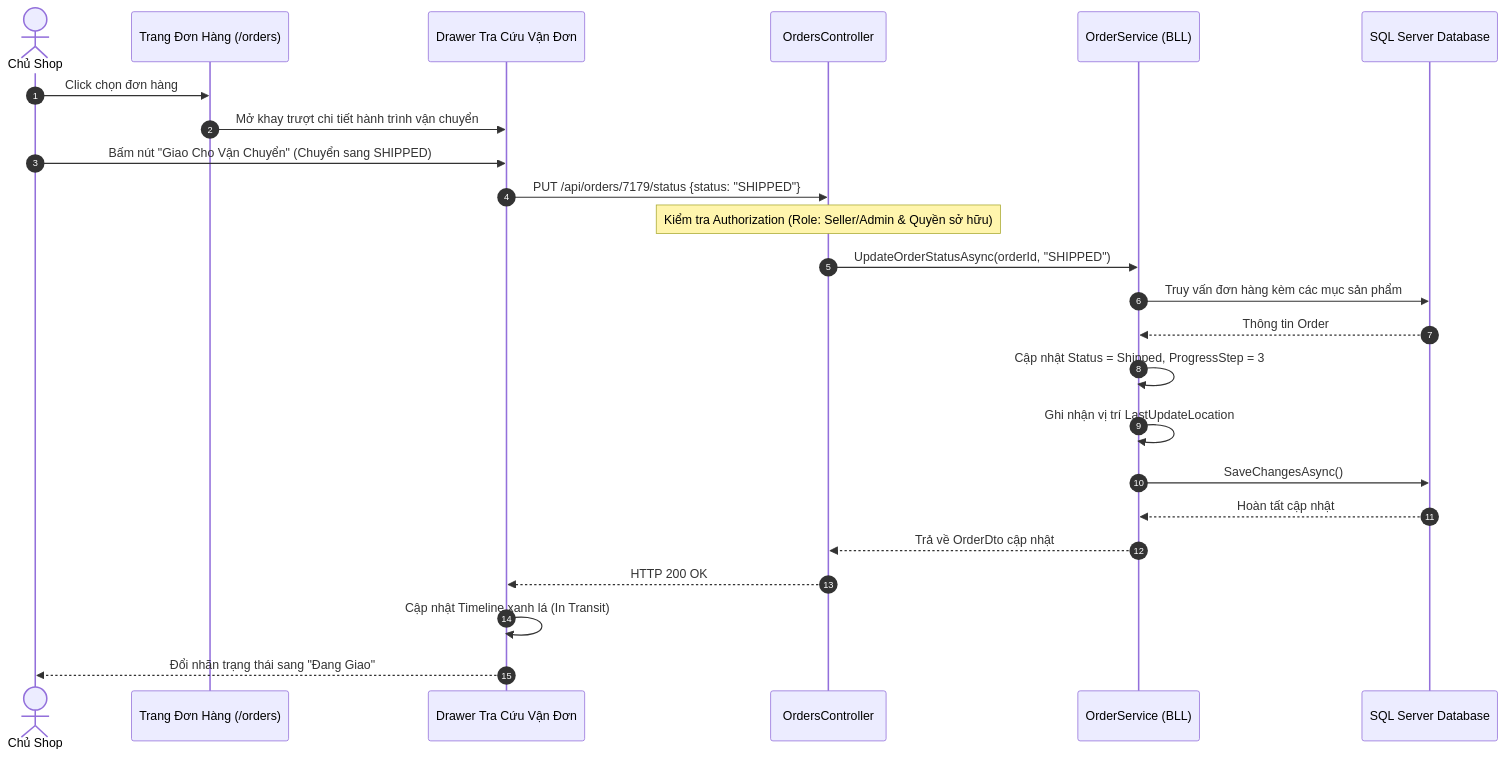
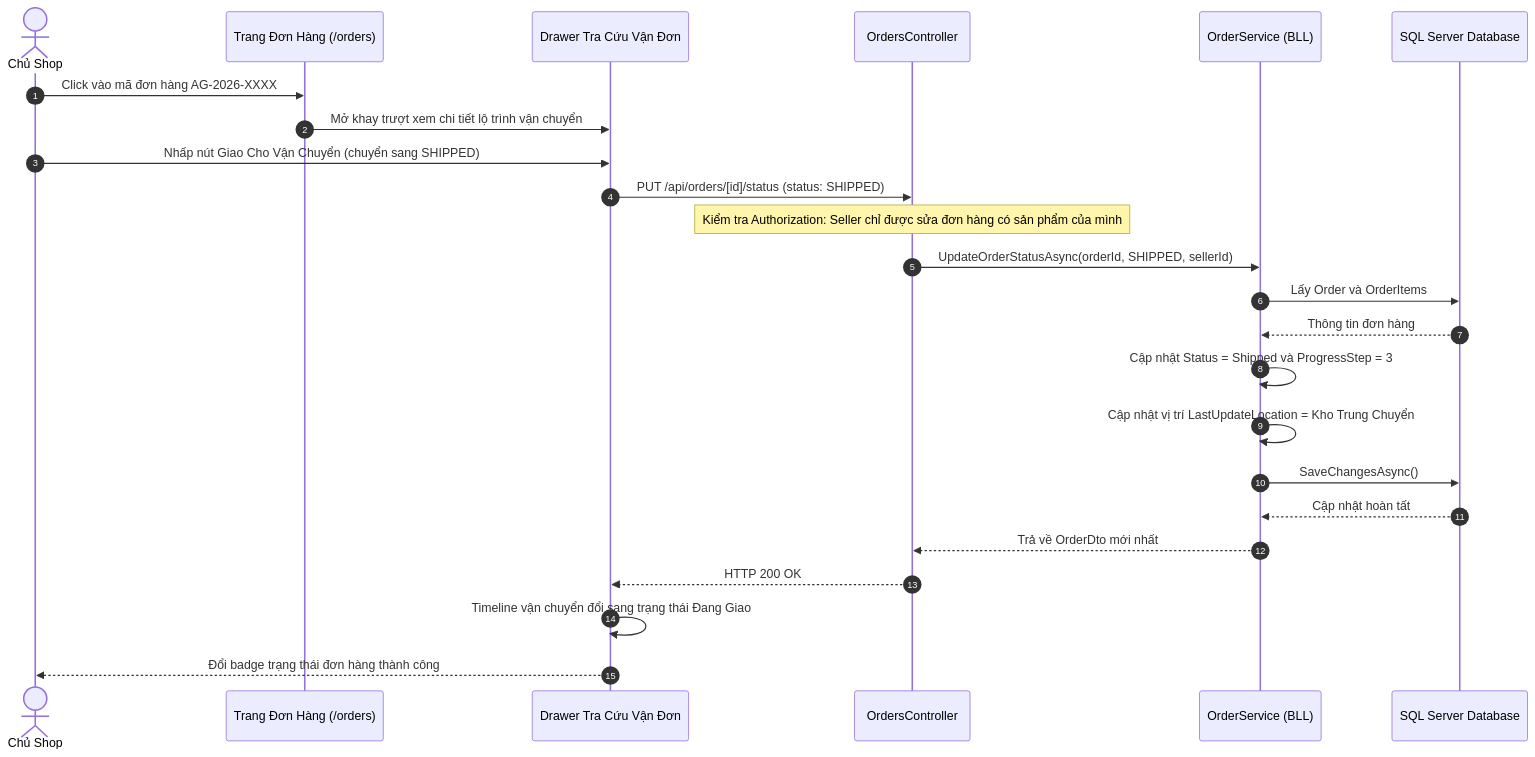
Diagram 14 of 16 in BAO_CAO_THIET_KE_HE_THONG.md (longthan12334/He-thong-thuong-mai-ien-tu-tich-hop-AI), drawn with Mermaid before and after one commit. The commit also changed other lines of this file, not shown here.

````diff
--- a/BAO_CAO_THIET_KE_HE_THONG.md
+++ b/BAO_CAO_THIET_KE_HE_THONG.md
@@ -538,30 +636,30 @@
 ```mermaid
 sequenceDiagram
     autonumber
     actor Seller as Chủ Shop
     participant OrdersUI as Trang Đơn Hàng (/orders)
     participant Drawer as Drawer Tra Cứu Vận Đơn
     participant OrderAPI as OrdersController
     participant OrderService as OrderService (BLL)
     participant DB as SQL Server Database
 
-    Seller->>OrdersUI: Click chọn đơn hàng #AG-2026-7179
-    OrdersUI->>Drawer: Mở khay trượt chi tiết hành trình vận chuyển
-    Seller->>Drawer: Bấm nút "Giao Cho Vận Chuyển" (Chuyển sang SHIPPED)
-    Drawer->>OrderAPI: PUT /api/orders/7179/status {status: "SHIPPED"}
+    Seller->>OrdersUI: Click vào mã đơn hàng AG-2026-XXXX
+    OrdersUI->>Drawer: Mở khay trượt xem chi tiết lộ trình vận chuyển
+    Seller->>Drawer: Nhấp nút Giao Cho Vận Chuyển (chuyển sang SHIPPED)
+    Drawer->>OrderAPI: PUT /api/orders/[id]/status (status: SHIPPED)
     
-    note over OrderAPI: Kiểm tra Authorization (Role: Seller/Admin & Quyền sở hữu)
-    OrderAPI->>OrderService: UpdateOrderStatusAsync(orderId, "SHIPPED")
-    OrderService->>DB: Truy vấn đơn hàng kèm các mục sản phẩm
-    DB-->>OrderService: Thông tin Order
+    note over OrderAPI: Kiểm tra Authorization: Seller chỉ được sửa đơn hàng có sản phẩm của mình
+    OrderAPI->>OrderService: UpdateOrderStatusAsync(orderId, SHIPPED, sellerId)
+    OrderService->>DB: Lấy Order và OrderItems
+    DB-->>OrderService: Thông tin đơn hàng
     
-    OrderService->>OrderService: Cập nhật Status = Shipped, ProgressStep = 3
-    OrderService->>OrderService: Ghi nhận vị trí LastUpdateLocation
+    OrderService->>OrderService: Cập nhật Status = Shipped và ProgressStep = 3
+    OrderService->>OrderService: Cập nhật vị trí LastUpdateLocation = Kho Trung Chuyển
     OrderService->>DB: SaveChangesAsync()
-    DB-->>OrderService: Hoàn tất cập nhật
+    DB-->>OrderService: Cập nhật hoàn tất
     
-    OrderService-->>OrderAPI: Trả về OrderDto cập nhật
+    OrderService-->>OrderAPI: Trả về OrderDto mới nhất
     OrderAPI-->>Drawer: HTTP 200 OK
-    Drawer->>Drawer: Cập nhật Timeline xanh lá (In Transit)
-    Drawer-->>Seller: Đổi nhãn trạng thái sang "Đang Giao"
+    Drawer->>Drawer: Timeline vận chuyển đổi sang trạng thái Đang Giao
+    Drawer-->>Seller: Đổi badge trạng thái đơn hàng thành công
 ```
````
